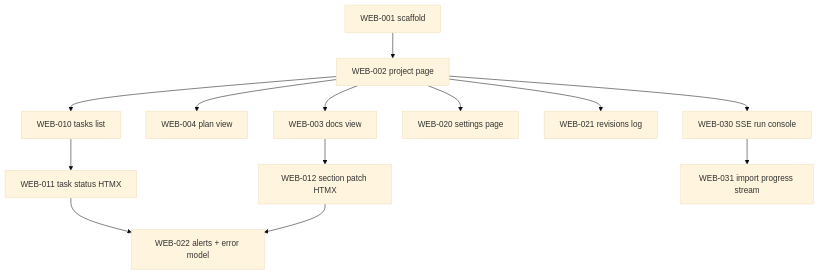
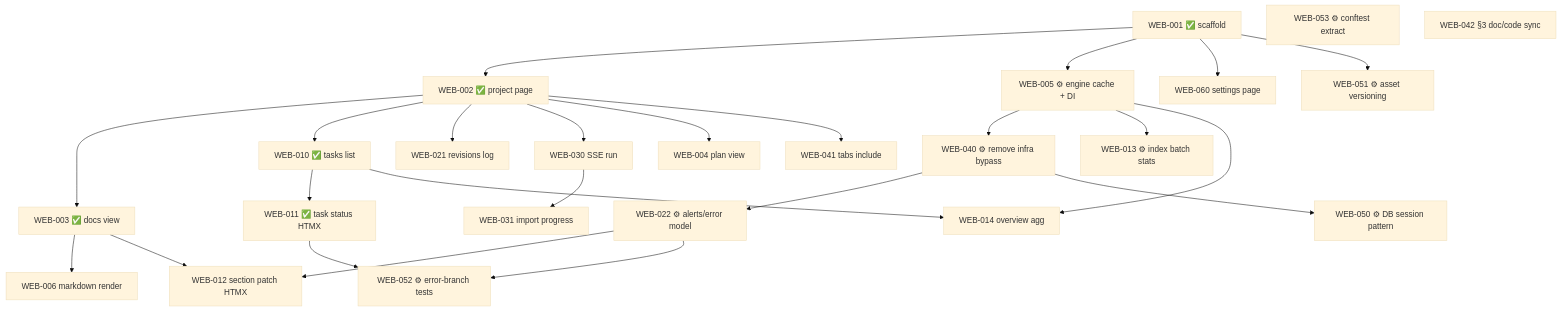
Before and after one commit to Orange-hanter/cod-doc: the diagram in docs/system/roadmap/web-frontend-task-plan.md, drawn with Mermaid (base theme). The commit also changed other lines of this file and 4 other files, not shown here.

````diff
--- a/docs/system/roadmap/web-frontend-task-plan.md
+++ b/docs/system/roadmap/web-frontend-task-plan.md
@@ -64,33 +85,62 @@
 ```mermaid
 graph TD
-  WEB_001[WEB-001 scaffold]
-  WEB_002[WEB-002 project page]
-  WEB_003[WEB-003 docs view]
+  %% Section A — done
+  WEB_001[WEB-001 ✅ scaffold]
+  WEB_002[WEB-002 ✅ project page]
+  WEB_003[WEB-003 ✅ docs view]
+  WEB_010[WEB-010 ✅ tasks list]
+  WEB_011[WEB-011 ✅ task status HTMX]
+
+  %% Section F — Hardening (NEW)
+  WEB_005[WEB-005 ⚙ engine cache + DI]
+  WEB_013[WEB-013 ⚙ index batch stats]
+  WEB_040[WEB-040 ⚙ remove infra bypass]
+  WEB_022[WEB-022 ⚙ alerts/error model]
+  WEB_050[WEB-050 ⚙ DB session pattern]
+  WEB_051[WEB-051 ⚙ asset versioning]
+  WEB_052[WEB-052 ⚙ error-branch tests]
+  WEB_053[WEB-053 ⚙ conftest extract]
+
+  %% Section B — Read views
   WEB_004[WEB-004 plan view]
+  WEB_006[WEB-006 markdown render]
+  WEB_014[WEB-014 overview agg]
+  WEB_021[WEB-021 revisions log]
+  WEB_060[WEB-060 settings page]
 
-  WEB_010[WEB-010 tasks list]
-  WEB_011[WEB-011 task status HTMX]
+  %% Section C — Write paths
   WEB_012[WEB-012 section patch HTMX]
 
-  WEB_020[WEB-020 settings page]
-  WEB_021[WEB-021 revisions log]
-  WEB_022[WEB-022 alerts + error model]
+  %% Section D — Live ops
+  WEB_030[WEB-030 SSE run]
+  WEB_031[WEB-031 import progress]
 
-  WEB_030[WEB-030 SSE run console]
-  WEB_031[WEB-031 import progress stream]
+  %% Section E — Architecture Hygiene
+  WEB_041[WEB-041 tabs include]
+  WEB_042[WEB-042 §3 doc/code sync]
 
-  WEB_001 --> WEB_002
-  WEB_002 --> WEB_003
-  WEB_002 --> WEB_010
+  %% Edges
+  WEB_001 --> WEB_002 --> WEB_003
+  WEB_002 --> WEB_010 --> WEB_011
+  WEB_002 --> WEB_021
+  WEB_002 --> WEB_030 --> WEB_031
+
+  WEB_001 --> WEB_005
+  WEB_005 --> WEB_040
+  WEB_005 --> WEB_013
+  WEB_005 --> WEB_014
+  WEB_040 --> WEB_022
+  WEB_040 --> WEB_050
+
   WEB_002 --> WEB_004
-  WEB_002 --> WEB_020
-  WEB_002 --> WEB_021
+  WEB_002 --> WEB_041
+  WEB_003 --> WEB_006
+  WEB_003 --> WEB_012
+  WEB_022 --> WEB_012
+  WEB_010 --> WEB_014
+  WEB_001 --> WEB_060
 
-  WEB_010 --> WEB_011
-  WEB_003 --> WEB_012
-  WEB_011 --> WEB_022
-  WEB_012 --> WEB_022
-
-  WEB_002 --> WEB_030
-  WEB_030 --> WEB_031
+  WEB_001 --> WEB_051
+  WEB_011 --> WEB_052
+  WEB_022 --> WEB_052
 ```
````
